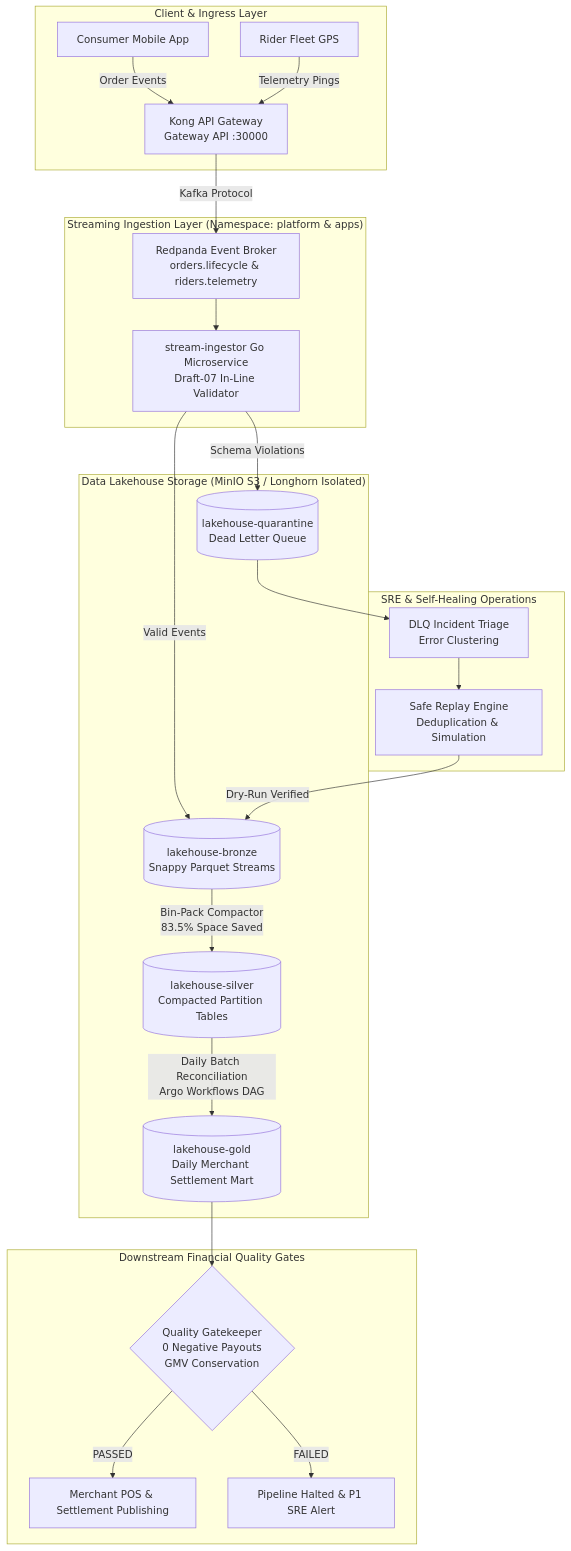
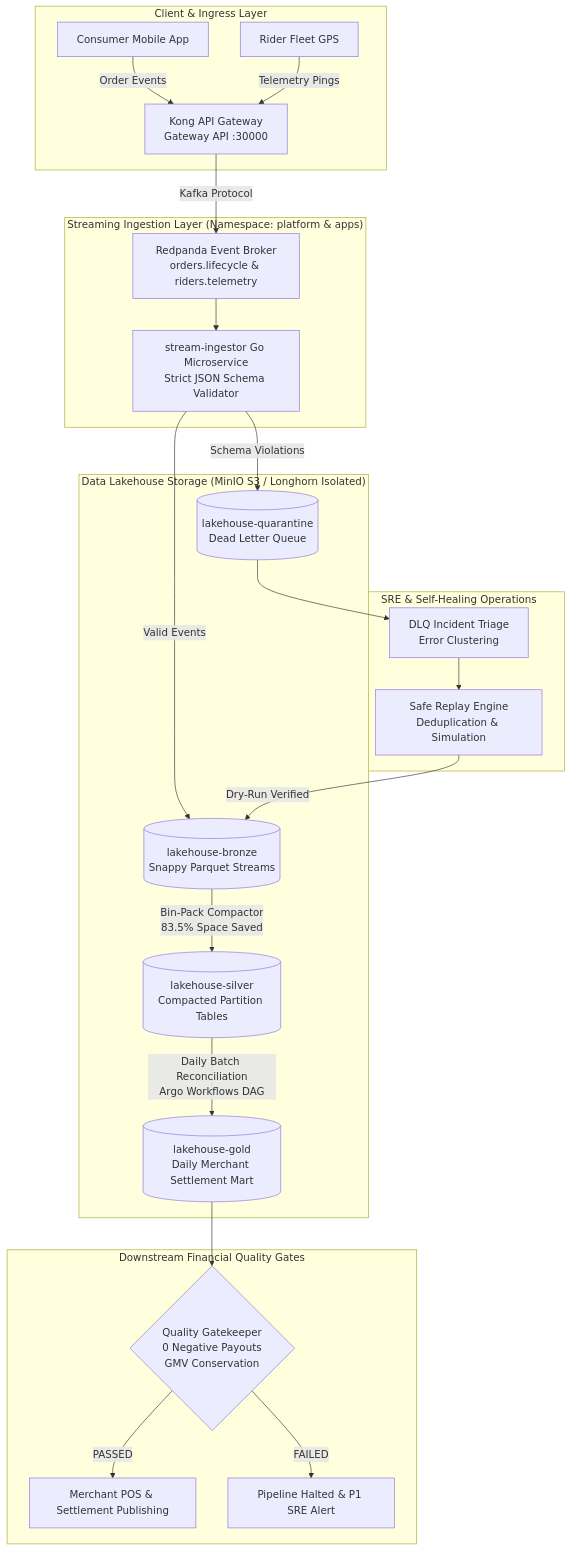
Before and after one commit to gxxtrp/CloudNative-DataPlatform: the diagram in README.md, drawn with Mermaid. The commit also changed other lines of this file and 3 other files, not shown here.

Commit message:
docs: standardize documentation for rider telemetry, data contracts, and lakehouse ingestion while updating README references to strict JSON schema validation.

````diff
--- a/README.md
+++ b/README.md
@@ -17,33 +17,33 @@
 ```mermaid
 flowchart TD
     subgraph ClientLayer["Client & Ingress Layer"]
         A1[Consumer Mobile App] -->|Order Events| KONG[Kong API Gateway<br/>Gateway API :30000]
         A2[Rider Fleet GPS] -->|Telemetry Pings| KONG
     end
 
     subgraph StreamingLayer["Streaming Ingestion Layer (Namespace: platform & apps)"]
         KONG -->|Kafka Protocol| RP[Redpanda Event Broker<br/>orders.lifecycle & riders.telemetry]
-        RP --> INGEST[stream-ingestor Go Microservice<br/>Draft-07 In-Line Validator]
+        RP --> INGEST[stream-ingestor Go Microservice<br/>Strict JSON Schema Validator]
     end
 
     subgraph Lakehouse["Data Lakehouse Storage (MinIO S3 / Longhorn Isolated)"]
         INGEST -->|Valid Events| BRONZE[(lakehouse-bronze<br/>Snappy Parquet Streams)]
         INGEST -->|Schema Violations| DLQ[(lakehouse-quarantine<br/>Dead Letter Queue)]
         
         BRONZE -->|Bin-Pack Compactor<br/>83.5% Space Saved| SILVER[(lakehouse-silver<br/>Compacted Partition Tables)]
         
         SILVER -->|Daily Batch Reconciliation<br/>Argo Workflows DAG| GOLD[(lakehouse-gold<br/>Daily Merchant Settlement Mart)]
     end
 
     subgraph SREOps["SRE & Self-Healing Operations"]
         DLQ --> TRIAGE[DLQ Incident Triage<br/>Error Clustering]
         TRIAGE --> REPLAY[Safe Replay Engine<br/>Deduplication & Simulation]
         REPLAY -->|Dry-Run Verified| BRONZE
     end
 
     subgraph Gates["Downstream Financial Quality Gates"]
         GOLD --> GATES{Quality Gatekeeper<br/>0 Negative Payouts<br/>GMV Conservation}
         GATES -->|PASSED| POS[Merchant POS & Settlement Publishing]
         GATES -->|FAILED| HALT[Pipeline Halted & P1 SRE Alert]
     end
 ```
````
